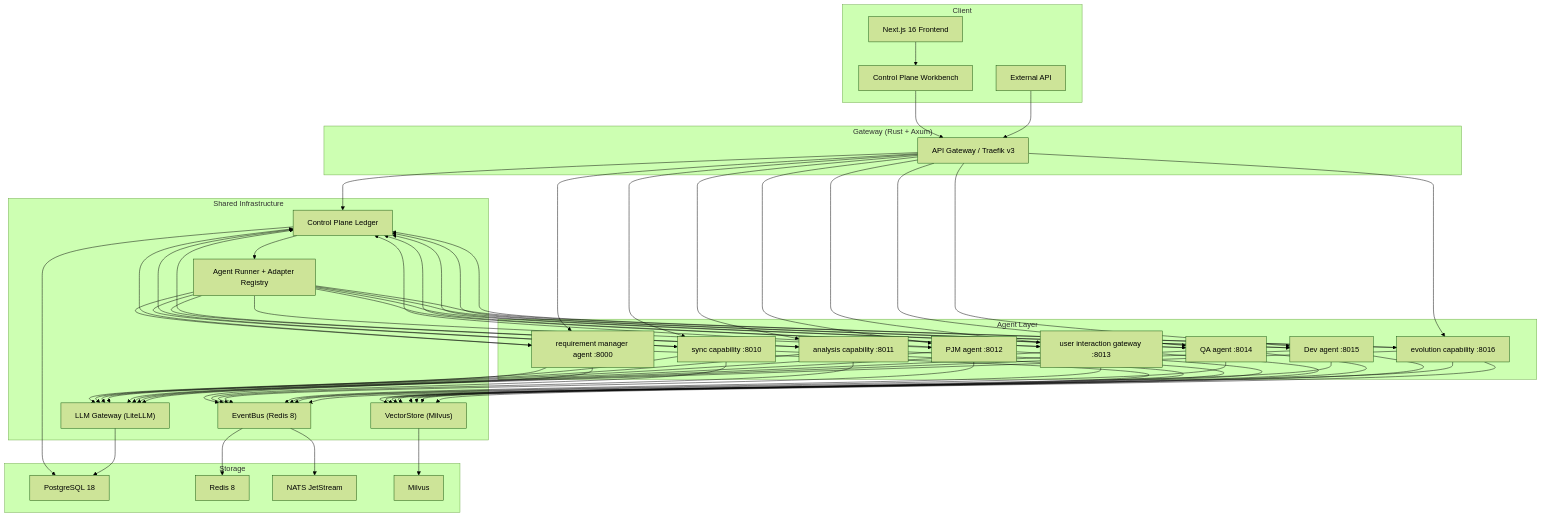
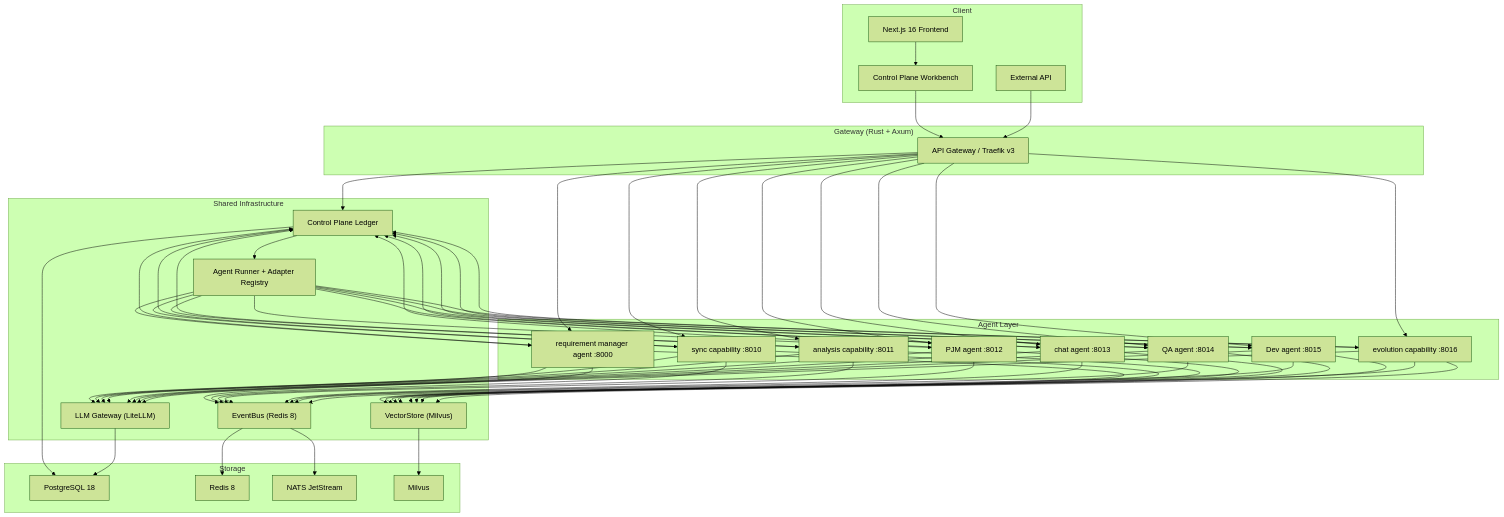
The diagram in docs/README.md (Wisdoverse/Wisdoverse-Cell), drawn with Mermaid (forest theme) before and after one commit. The commit also changed other lines of this file and 523 other files, not shown here.

````diff
--- a/docs/README.md
+++ b/docs/README.md
@@ -28,51 +28,51 @@
 ```mermaid
 graph TD
     subgraph Client["Client"]
         FE["Next.js 16 Frontend"]
         WB["Control Plane Workbench"]
         ExtAPI["External API"]
     end
 
     subgraph Gateway["Gateway (Rust + Axum)"]
         GW["API Gateway / Traefik v3"]
     end
 
     subgraph Agents["Agent Layer"]
         RM["requirement manager agent :8000"]
         SA["sync capability :8010"]
         AA["analysis capability :8011"]
         PM["PJM agent :8012"]
-        CA["user interaction gateway :8013"]
+        CA["chat agent :8013"]
         QA["QA agent :8014"]
         DA["Dev agent :8015"]
         EA["evolution capability :8016"]
     end
 
     subgraph Shared["Shared Infrastructure"]
         CP["Control Plane Ledger"]
         RUN["Agent Runner + Adapter Registry"]
         EB["EventBus (Redis 8)"]
         LLM["LLM Gateway (LiteLLM)"]
         VS["VectorStore (Milvus)"]
     end
 
     subgraph Storage["Storage"]
         PG["PostgreSQL 18"]
         RD["Redis 8"]
         NATS["NATS JetStream"]
         MV["Milvus"]
     end
 
     FE --> WB --> GW
     ExtAPI --> GW
     GW --> CP
     GW --> RM & SA & AA & PM & CA & QA & DA & EA
     CP --> RUN
     RUN --> RM & SA & AA & PM & CA & QA & DA & EA
     RM & SA & AA & PM & CA & QA & DA & EA --> CP & EB & LLM & VS
     CP --> PG
     EB --> RD
     LLM --> PG
     VS --> MV
     EB --> NATS
 ```
````
